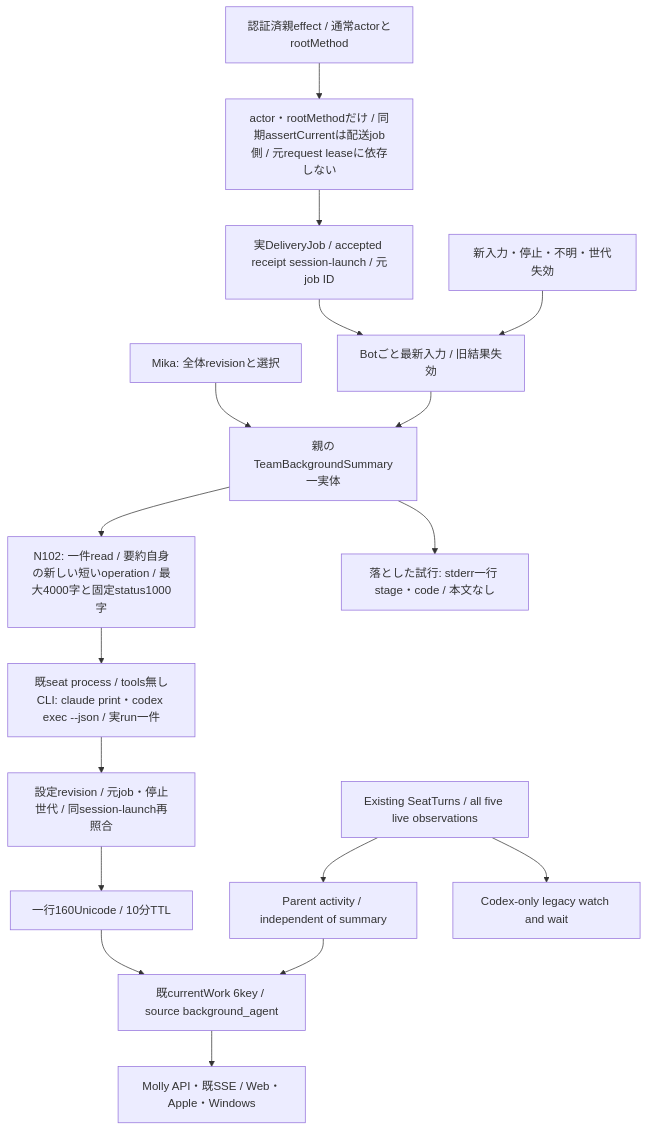
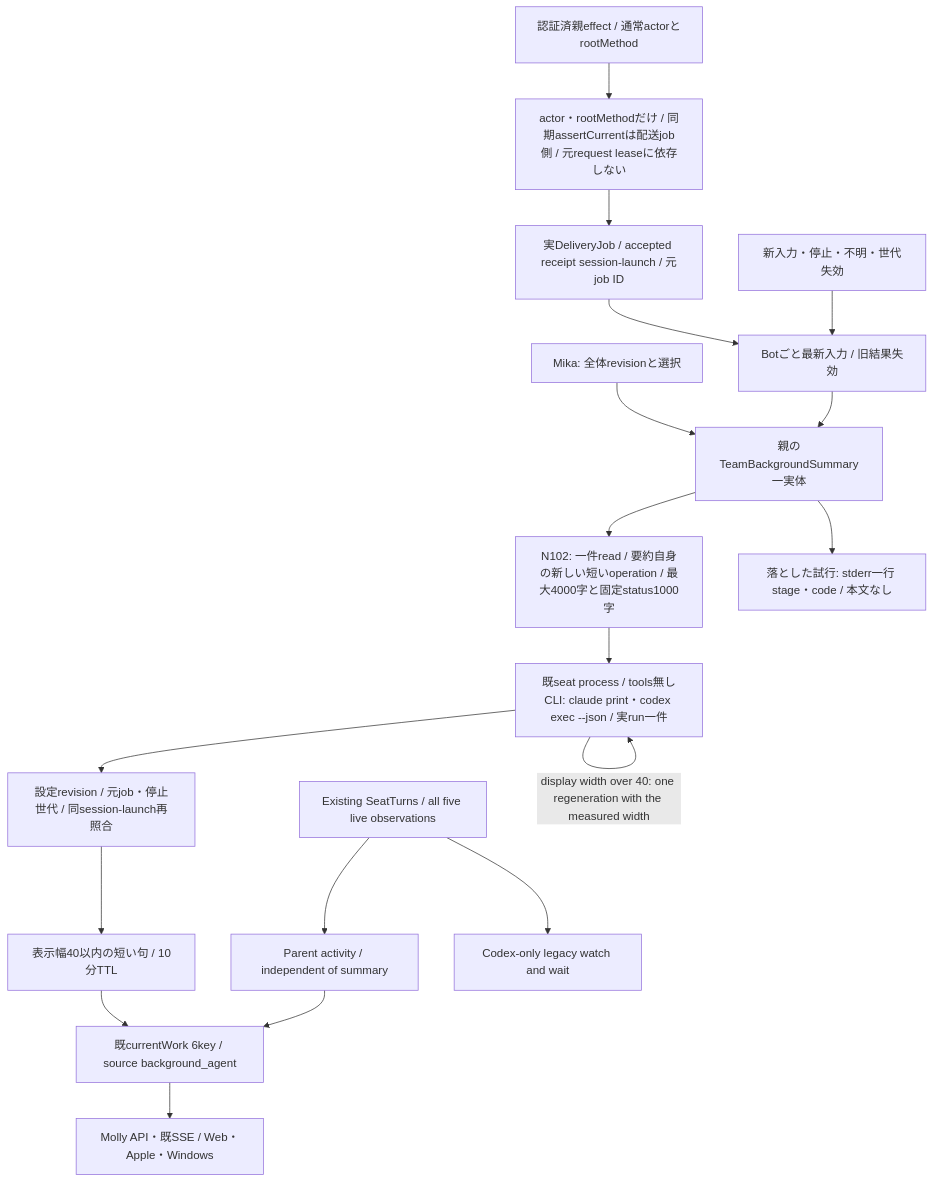
Before and after one commit to kitepon/BellTeam: the first of 2 diagrams in docs/architecture/modules/execution/current-work.md, drawn with Mermaid. The commit also changed other lines of this file and 3 other files, not shown here.

````diff
--- a/docs/architecture/modules/execution/current-work.md
+++ b/docs/architecture/modules/execution/current-work.md
@@ -5,19 +5,20 @@
 ```mermaid
 flowchart TD
   Settings[Mika: 全体revisionと選択] --> Worker[親のTeamBackgroundSummary一実体]
   Effect[認証済親effect / 通常actorとrootMethod] --> Authority[actor・rootMethodだけ / 同期assertCurrentは配送job側 / 元request leaseに依存しない]
   Authority --> Job[実DeliveryJob / accepted receipt session-launch / 元job ID]
   Job --> Latest[Botごと最新入力 / 旧結果失効]
   Latest --> Worker
   Worker --> Reader[N102: 一件read / 要約自身の新しい短いoperation / 最大4000字と固定status1000字]
   Reader --> Runner[既seat process / tools無しCLI: claude print・codex exec --json / 実run一件]
   Runner --> Check[設定revision / 元job・停止世代 / 同session-launch再照合]
-  Check --> Memory[一行160Unicode / 10分TTL]
+  Runner -->|"display width over 40: one regeneration with the measured width"| Runner
+  Check --> Memory[表示幅40以内の短い句 / 10分TTL]
   Worker --> Drop[落とした試行: stderr一行 stage・code / 本文なし]
   Native[Existing SeatTurns / all five live observations] --> State[Parent activity / independent of summary]
   Native --> Legacy[Codex-only legacy watch and wait]
   Memory --> DTO[既currentWork 6key / source background_agent]
   State --> DTO
   DTO --> Public[Molly API・既SSE / Web・Apple・Windows]
   End[新入力・停止・不明・世代失効] --> Latest
 ```
````
